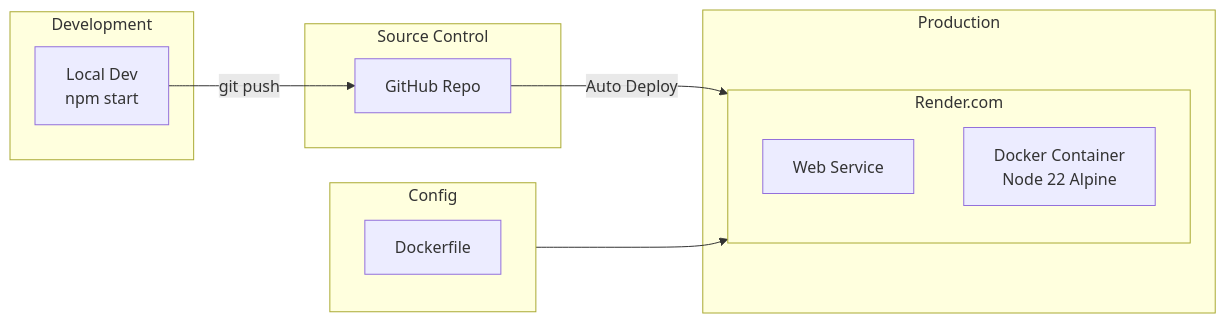
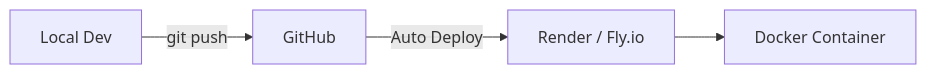
Before and after one commit to ATakaSKY/learn-mcp: the fourth of 4 diagrams in ARCHITECTURE.md, drawn with Mermaid. The commit also changed other lines of this file and 8 other files, not shown here.

````diff
--- a/ARCHITECTURE.md
+++ b/ARCHITECTURE.md
@@ -124,26 +133,6 @@
 ```mermaid
 flowchart LR
-    subgraph Development
-        Local["Local Dev<br/>npm start"]
-    end
-
-    subgraph Production
-        subgraph Render["Render.com"]
-            WebService["Web Service"]
-            Docker["Docker Container<br/>Node 22 Alpine"]
-        end
-    end
-
-    subgraph Source["Source Control"]
-        GitHub["GitHub Repo"]
-    end
-
-    Local -->|"git push"| GitHub
-    GitHub -->|"Auto Deploy"| Render
-    
-    subgraph Config
-        Dockerfile["Dockerfile"]
-    end
-
-    Config --> Render
+    Dev["Local Dev"] -->|git push| GitHub
+    GitHub -->|Auto Deploy| Cloud["Render / Fly.io"]
+    Cloud --> Docker["Docker Container"]
 ```
````
